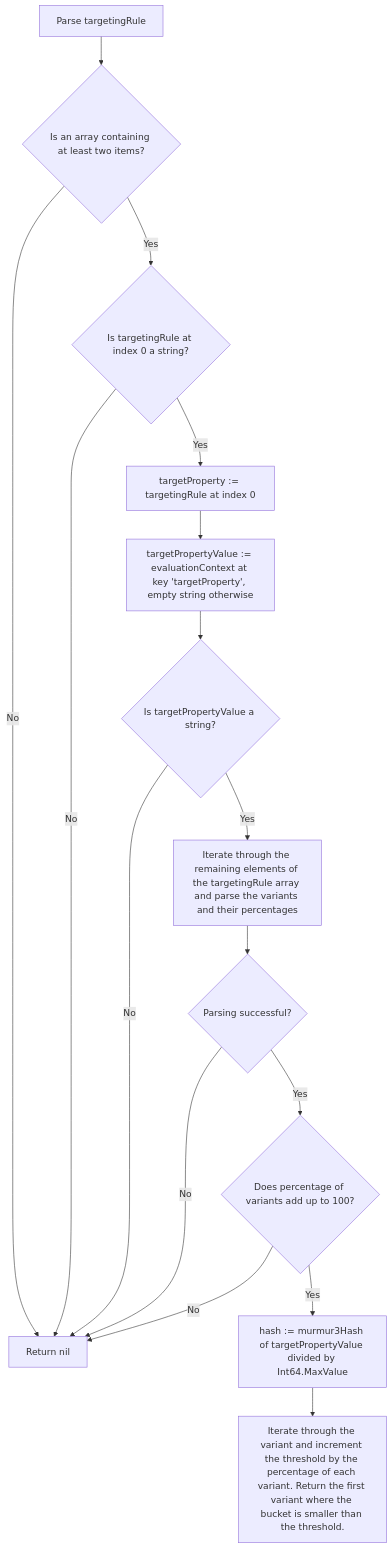
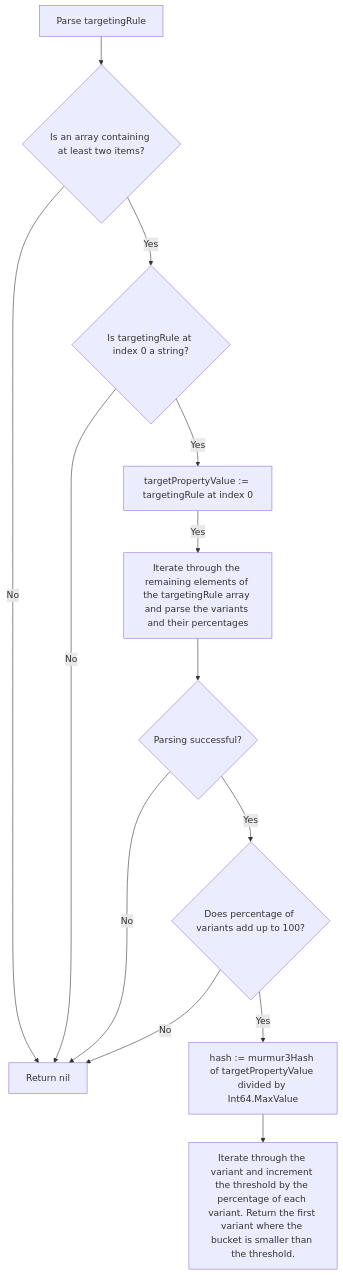
The diagram in docs/other_resources/in-process-providers/evaluators/fractional_evaluation.md (open-feature/flagd), drawn with Mermaid before and after one commit. The commit also changed other lines of this file and 1 other file, not shown here.

Commit message:
adapted the fractional evaluation spec

````diff
--- a/docs/other_resources/in-process-providers/evaluators/fractional_evaluation.md
+++ b/docs/other_resources/in-process-providers/evaluators/fractional_evaluation.md
@@ -57,18 +61,15 @@
 ```mermaid
 flowchart TD
 A[Parse targetingRule] --> B{Is an array containing at least two items?};
 B -- Yes --> C{Is targetingRule at index 0 a string?};
 B -- No --> D[Return nil];
-C -- Yes --> E[targetProperty := targetingRule at index 0];
+C -- Yes --> E[targetPropertyValue := targetingRule at index 0];
 C -- No --> D;
-E --> F[targetPropertyValue := evaluationContext at key 'targetProperty', empty string otherwise]
-F --> G{Is targetPropertyValue a string?};
+E -- Yes --> F[Iterate through the remaining elements of the targetingRule array and parse the variants and their percentages];
+F --> G{Parsing successful?};
 G -- No --> D;
-G -- Yes --> H[Iterate through the remaining elements of the targetingRule array and parse the variants and their percentages];
-H --> I{Parsing successful?};
-I -- No --> D;
-I -- Yes --> J{Does percentage of variants add up to 100?};
-J -- No --> D;
-J -- Yes --> K[hash := murmur3Hash of targetPropertyValue divided by Int64.MaxValue]
-K --> L[Iterate through the variant and increment the threshold by the percentage of each variant. Return the first variant where the bucket is smaller than the threshold.]
+G -- Yes --> H{Does percentage of variants add up to 100?};
+H -- No --> D;
+H -- Yes --> I[hash := murmur3Hash of targetPropertyValue divided by Int64.MaxValue]
+I --> L[Iterate through the variant and increment the threshold by the percentage of each variant. Return the first variant where the bucket is smaller than the threshold.]
 ```
````
